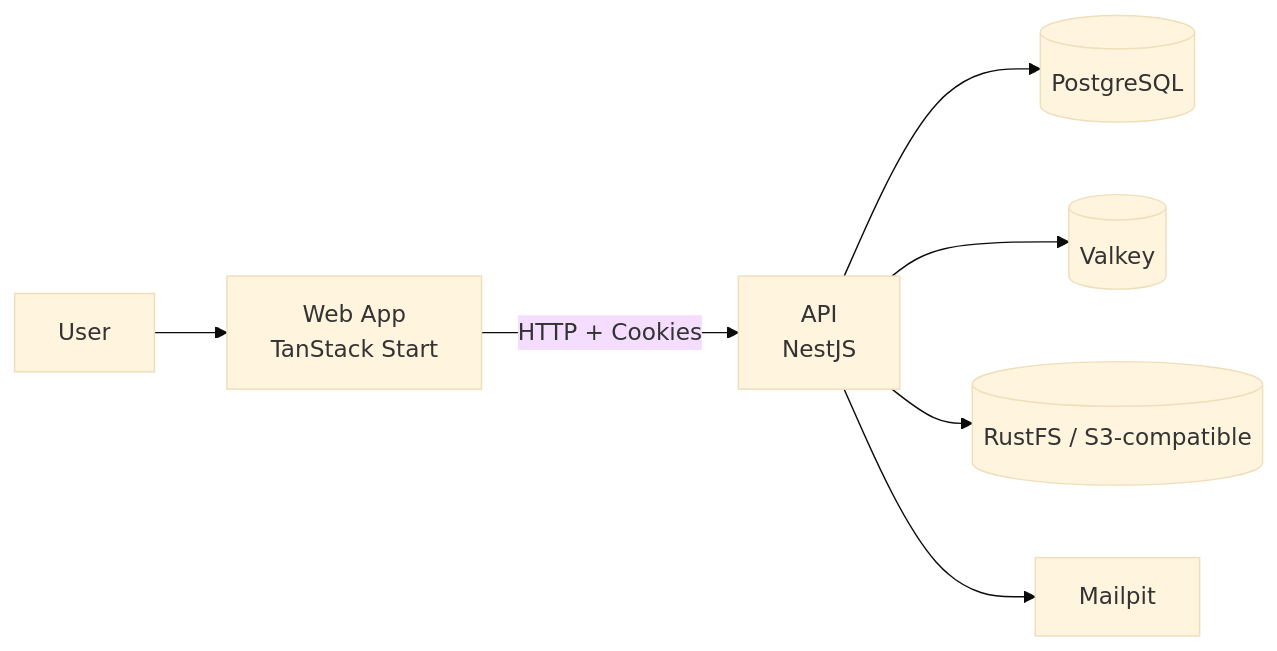
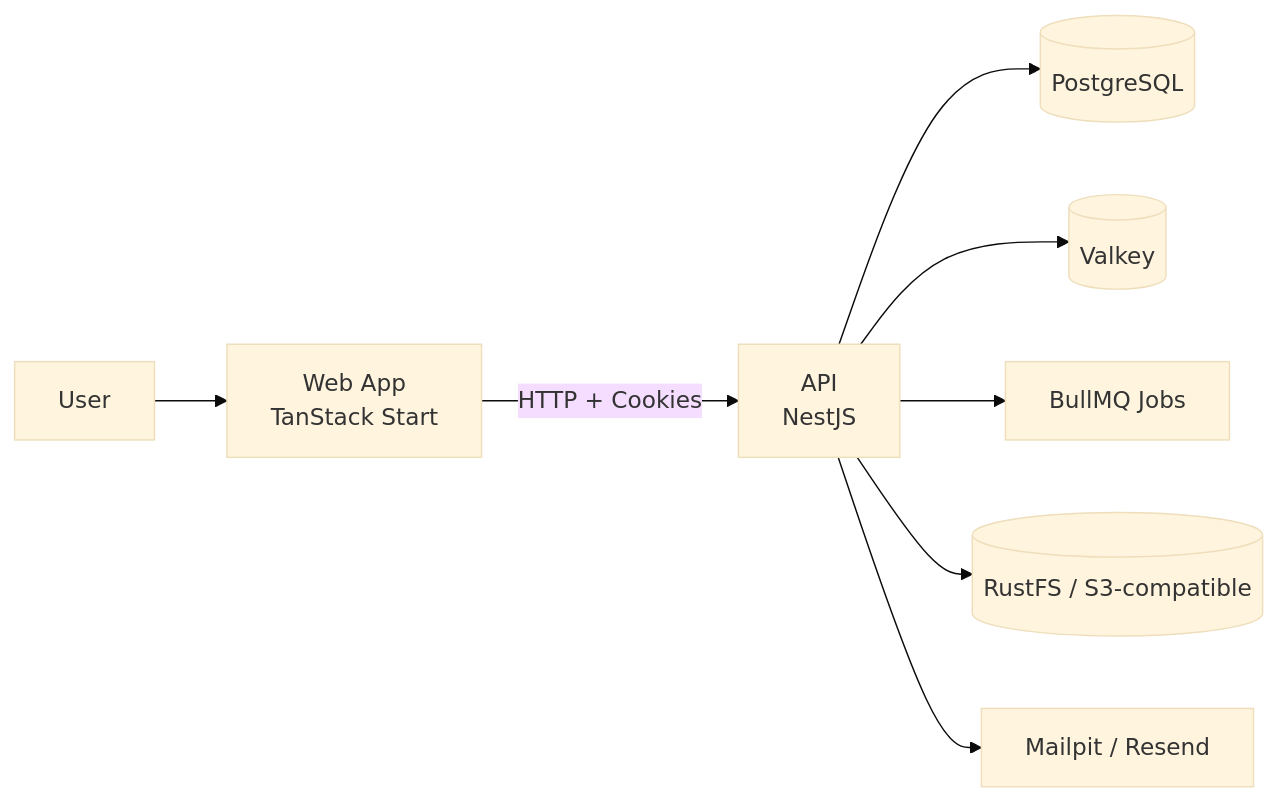
Before and after one commit to Rykuno/SojuStack: the first of 2 diagrams in README.md, drawn with Mermaid (base theme). The commit also changed other lines of this file, not shown here.

````diff
--- a/README.md
+++ b/README.md
@@ -45,9 +50,10 @@
 ```mermaid
 flowchart LR
   U[User] --> W[Web App<br/>TanStack Start]
   W -->|HTTP + Cookies| A[API<br/>NestJS]
   A --> P[(PostgreSQL)]
   A --> V[(Valkey)]
+  A --> Q[BullMQ Jobs]
   A --> S[(RustFS / S3-compatible)]
-  A --> M[Mailpit]
+  A --> E[Mailpit / Resend]
 ```
````
